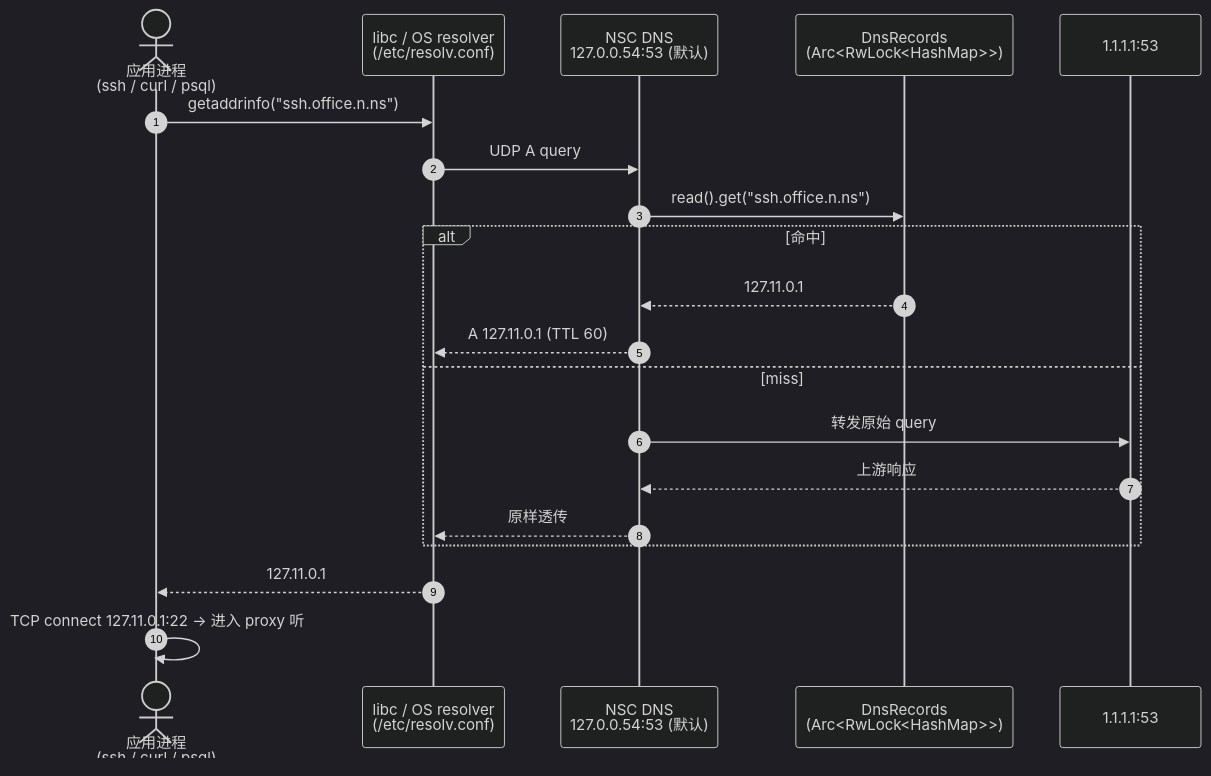
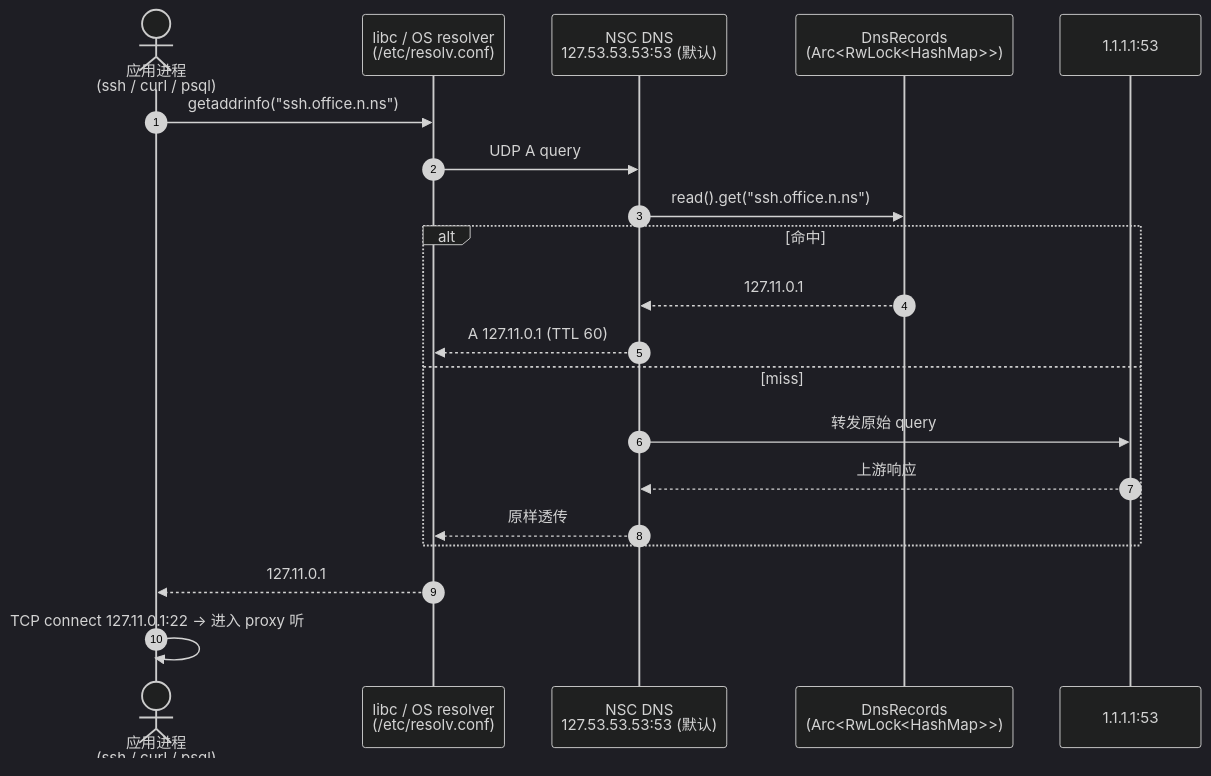
Before and after one commit to nsiod/docs: the diagram in docs/06-nsc-client/dns.md, drawn with Mermaid (dark theme). The commit also changed other lines of this file and 8 other files, not shown here.

First line of the commit message:
docs(nsc): use mnemonic 127.53.53.53:53 as DNS default

````diff
--- a/docs/06-nsc-client/dns.md
+++ b/docs/06-nsc-client/dns.md
@@ -7,23 +7,23 @@
 ```mermaid
 sequenceDiagram
   autonumber
   actor User as 应用进程<br/>(ssh / curl / psql)
   participant LIBC as libc / OS resolver<br/>(/etc/resolv.conf)
-  participant NSC_DNS as NSC DNS<br/>127.0.0.54:53 (默认)
+  participant NSC_DNS as NSC DNS<br/>127.53.53.53:53 (默认)
   participant STORE as DnsRecords<br/>(Arc<RwLock<HashMap>>)
   participant UPSTREAM as 1.1.1.1:53
 
   User->>LIBC: getaddrinfo("ssh.office.n.ns")
   LIBC->>NSC_DNS: UDP A query
   NSC_DNS->>STORE: read().get("ssh.office.n.ns")
   alt 命中
     STORE-->>NSC_DNS: 127.11.0.1
     NSC_DNS-->>LIBC: A 127.11.0.1 (TTL 60)
   else miss
     NSC_DNS->>UPSTREAM: 转发原始 query
     UPSTREAM-->>NSC_DNS: 上游响应
     NSC_DNS-->>LIBC: 原样透传
   end
   LIBC-->>User: 127.11.0.1
   User->>User: TCP connect 127.11.0.1:22 → 进入 proxy 听
 ```
````
